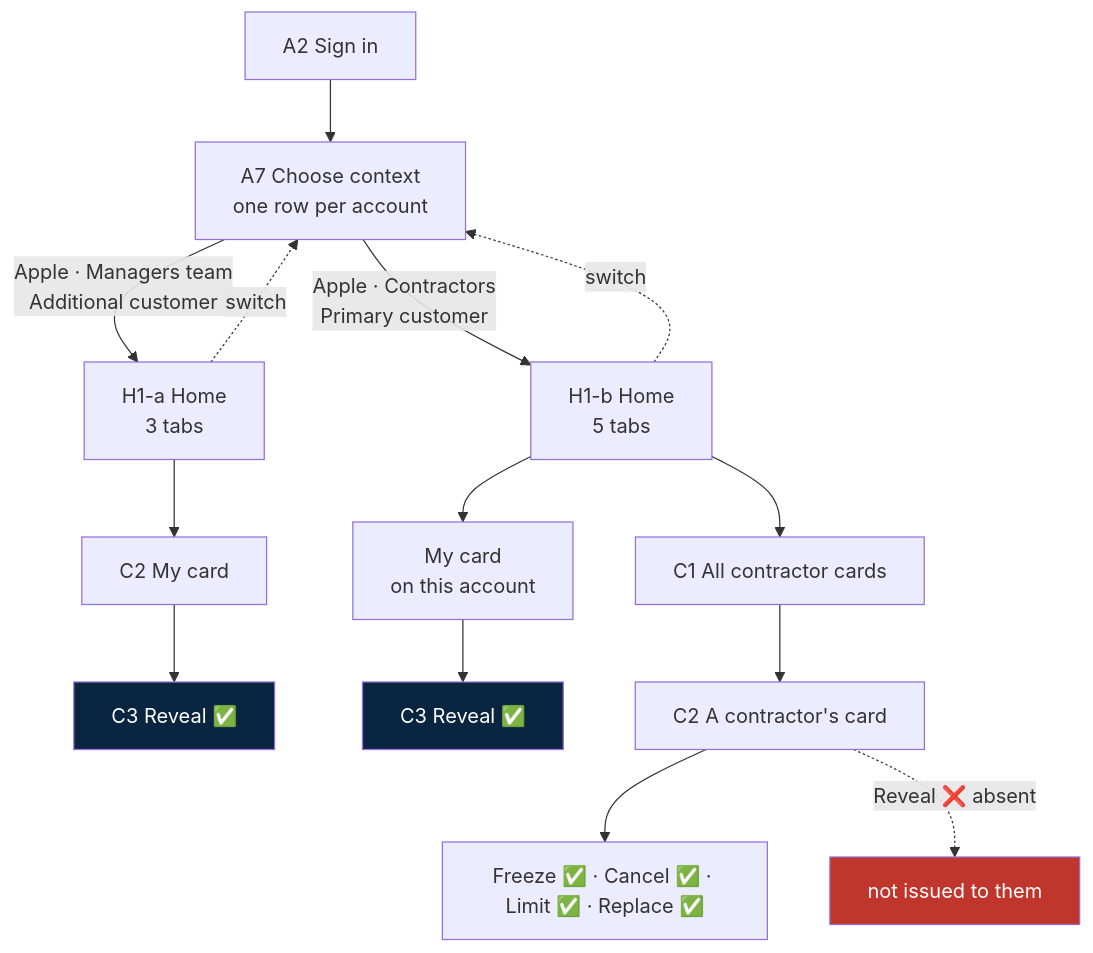
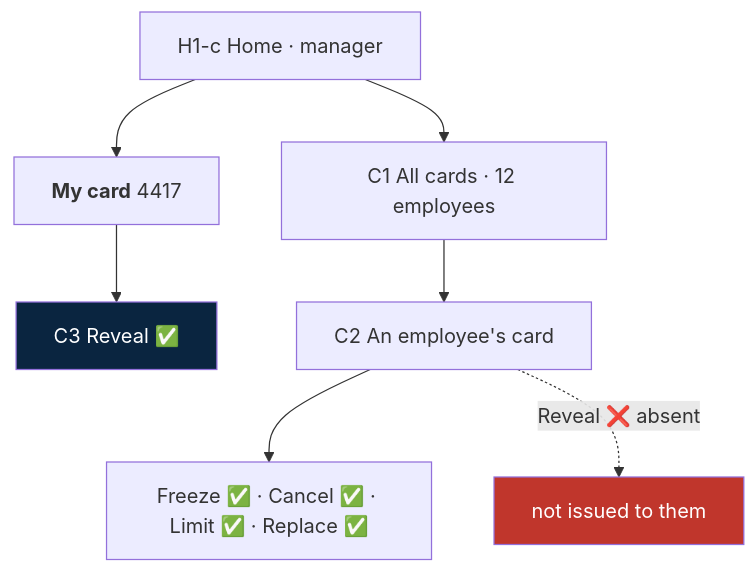
One commit to yr08ii/card-management-app changed the ninth of 10 diagrams in docs/Screens-and-flows.md. Above: the diagram before and after it, drawn with Mermaid. The commit also changed other lines of this file and 1 other file, not shown here.

First line of the commit message:
docs: reshape around Pismo object model; add partner card programs

````diff
--- a/docs/Screens-and-flows.md
+++ b/docs/Screens-and-flows.md
@@ -604,20 +536,10 @@
 ```mermaid
 flowchart TD
-    A2["A2 Sign in"] --> A7["A7 Choose context<br/>one row per account"]
-    A7 -->|"Apple · Managers team<br/>Additional customer"| Ha["H1-a Home<br/>3 tabs"]
-    A7 -->|"Apple · Contractors<br/>Primary customer"| Hb["H1-b Home<br/>5 tabs"]
+    H["H1-c Home · manager"] --> Mine["<b>My card</b> 4417"] --> C3["C3 Reveal ✅"]
+    H --> C1["C1 All cards · 12 employees"] --> C2["C2 An employee's card"]
+    C2 --> F["Freeze ✅ · Cancel ✅ · Limit ✅ · Replace ✅"]
+    C2 -.->|"Reveal ❌ absent"| X["not issued to them"]
 
-    Ha --> C2a["C2 My card"] --> C3a["C3 Reveal ✅"]
-
-    Hb --> Mine["My card<br/>on this account"] --> C3b["C3 Reveal ✅"]
-    Hb --> C1["C1 All contractor cards"] --> C2b["C2 A contractor's card"]
-    C2b --> Fr["Freeze ✅ · Cancel ✅ · Limit ✅ · Replace ✅"]
-    C2b -.->|"Reveal ❌ absent"| X["not issued to them"]
-
-    Ha -.->|"switch"| A7
-    Hb -.->|"switch"| A7
-
-    style C3a fill:#0A2540,color:#fff
-    style C3b fill:#0A2540,color:#fff
+    style C3 fill:#0A2540,color:#fff
     style X fill:#C0362C,color:#fff
 ```
````
